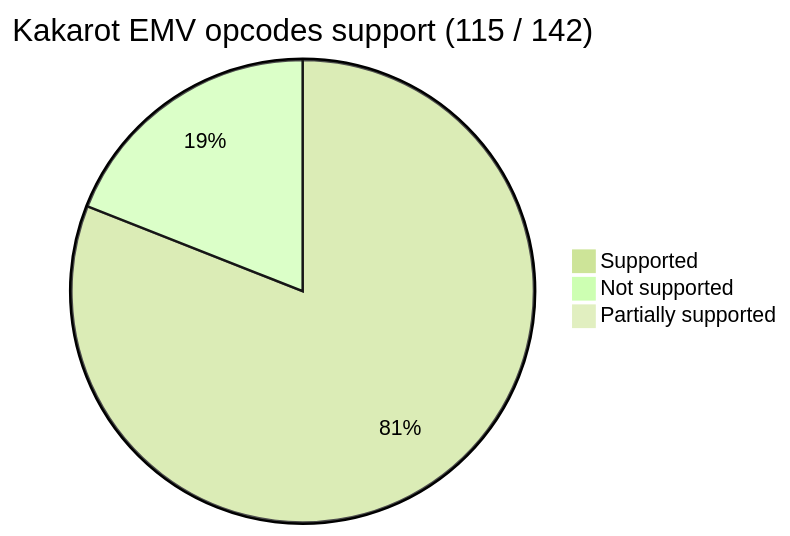
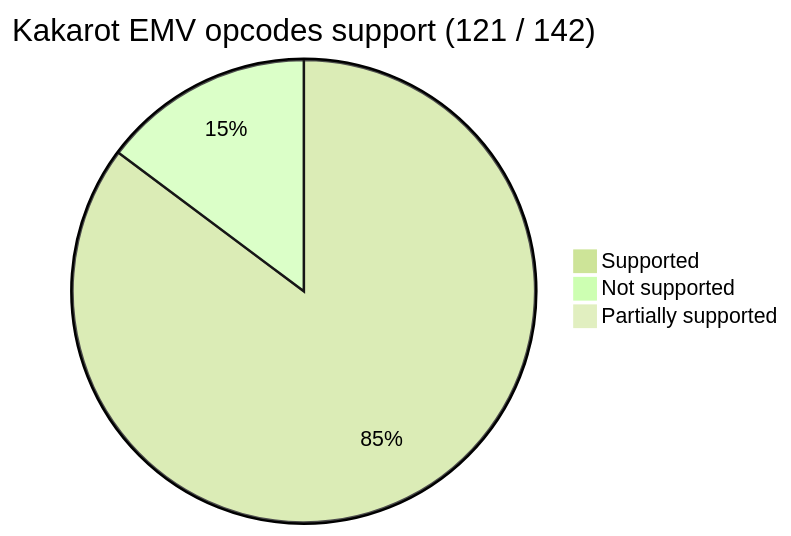
The first of 2 diagrams in README.md (kkrt-labs/kakarot), drawn with Mermaid before and after one commit. The commit also changed 15 other files, not shown here.

````diff
--- a/README.md
+++ b/README.md
@@ -38,9 +38,9 @@
 ```mermaid
 %%{init: {'theme': 'forest', 'themeVariables': { 'darkMode': 'false'}}}%%
 
-pie title Kakarot EMV opcodes support (115 / 142)
-    "Supported" : 115
-    "Not supported" : 27
+pie title Kakarot EMV opcodes support (121 / 142)
+    "Supported" : 121
+    "Not supported" : 21
 
     "Partially supported" : 0
 ```
````
